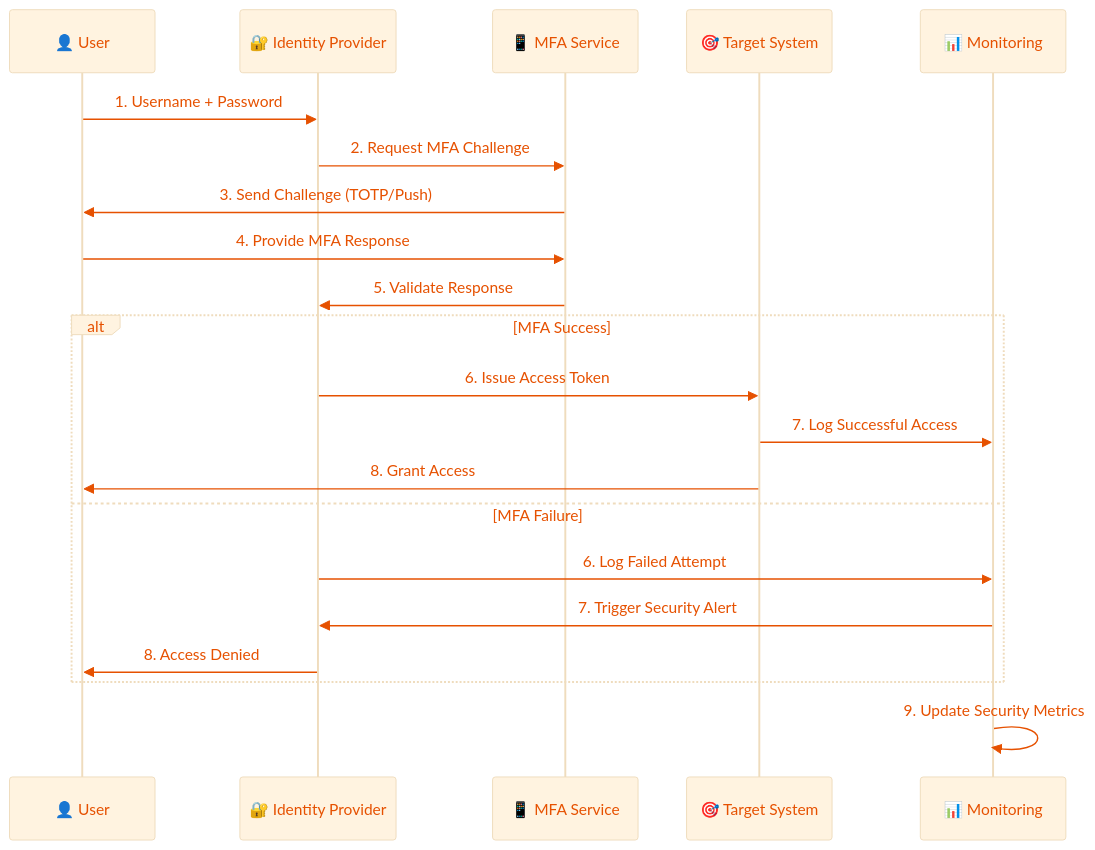
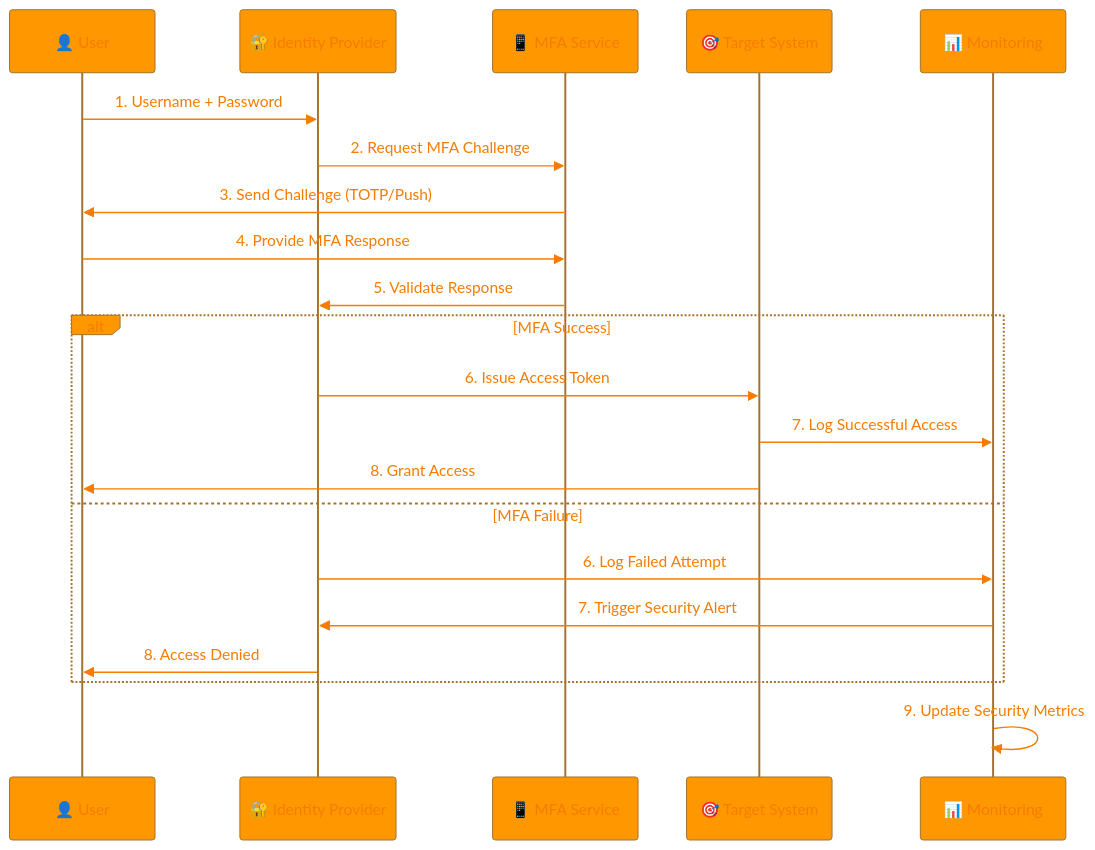
One commit to Hack23/ISMS-PUBLIC changed the second of 4 diagrams in Access_Control_Policy.md. Above: the diagram before and after it, drawn with Mermaid. The commit also changed other lines of this file, not shown here.

````diff
--- a/Access_Control_Policy.md
+++ b/Access_Control_Policy.md
@@ -118,38 +118,38 @@
 ```mermaid
 %%{
   init: {
     'theme': 'base',
     'themeVariables': {
-      'primaryColor': '#fff3e0',
-      'primaryTextColor': '#e65100',
+      'primaryColor': '#FF9800',
+      'primaryTextColor': '#F57C00',
       'lineColor': '#ff9800',
-      'secondaryColor': '#e8f5e9',
-      'tertiaryColor': '#e3f2fd'
+      'secondaryColor': '#4CAF50',
+      'tertiaryColor': '#1565C0'
     }
   }
 }%%
 sequenceDiagram
     participant User as 👤 User
     participant IdP as 🔐 Identity Provider
     participant MFA as 📱 MFA Service
     participant Target as 🎯 Target System
     participant Monitor as 📊 Monitoring
     
     User->>IdP: 1. Username + Password
     IdP->>MFA: 2. Request MFA Challenge
     MFA->>User: 3. Send Challenge (TOTP/Push)
     User->>MFA: 4. Provide MFA Response
     MFA->>IdP: 5. Validate Response
     
     alt MFA Success
         IdP->>Target: 6. Issue Access Token
         Target->>Monitor: 7. Log Successful Access
         Target->>User: 8. Grant Access
     else MFA Failure
         IdP->>Monitor: 6. Log Failed Attempt
         Monitor->>IdP: 7. Trigger Security Alert
         IdP->>User: 8. Access Denied
     end
     
     Monitor->>Monitor: 9. Update Security Metrics
 ```
````
